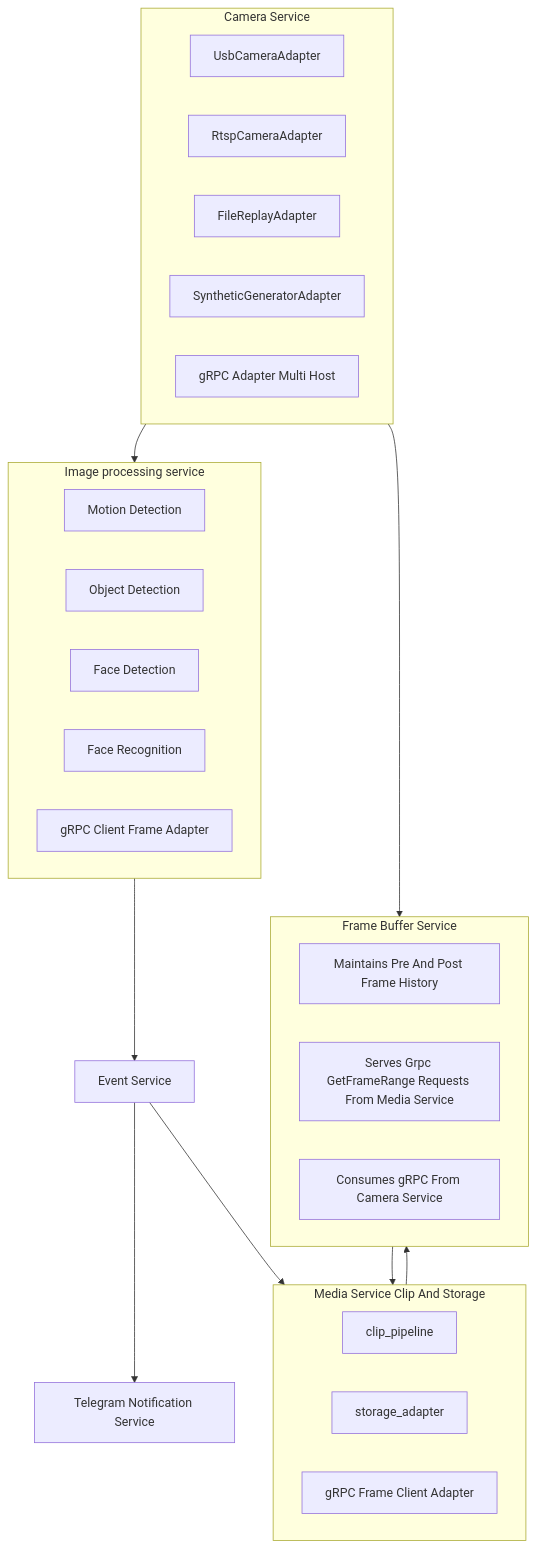
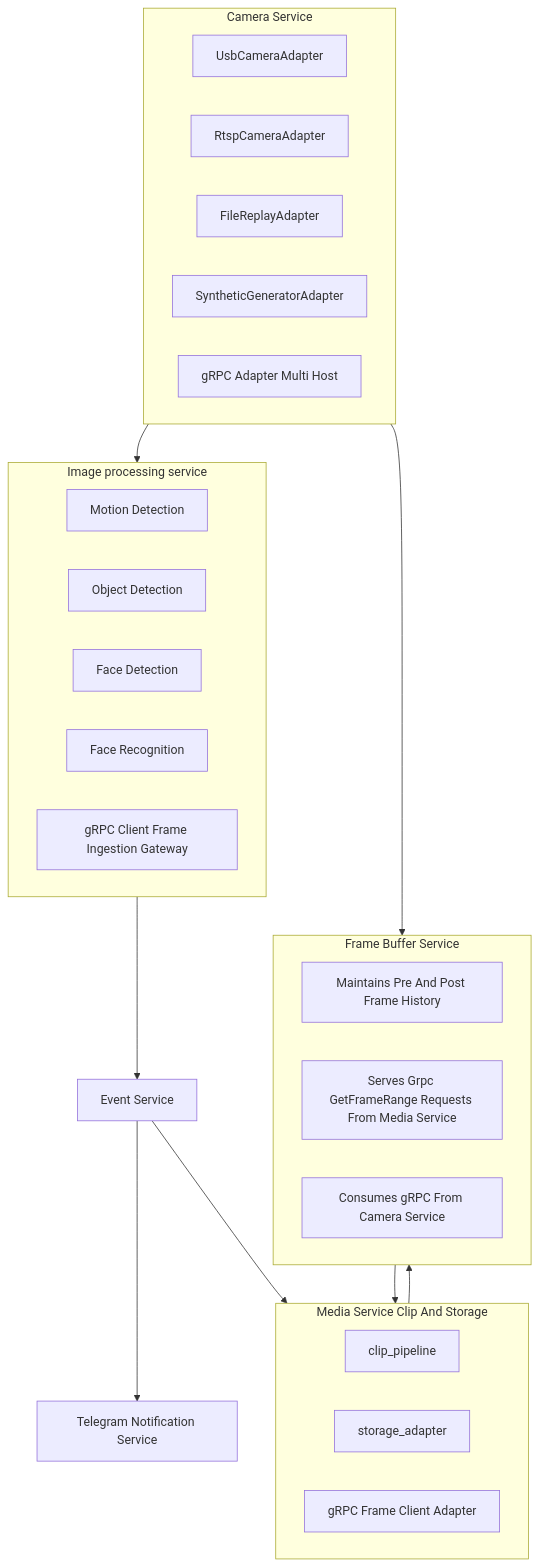
One commit to talifruman/camera-recognition changed the first of 4 diagrams in doc/system.md. Above: the diagram before and after it, drawn with Mermaid. The commit also changed 60 other files, not shown here.

Commit message:
docs: update frame adapter, FTL, IPS manager specs; add FTL unit tests

````diff
--- a/doc/system.md
+++ b/doc/system.md
@@ -131,42 +131,42 @@
 ```mermaid
 flowchart TB
 	subgraph CameraService[Camera Service]
 		CA1[UsbCameraAdapter]
 		CA2[RtspCameraAdapter]
 		CA3[FileReplayAdapter]
 		CA4[SyntheticGeneratorAdapter]
 		CA5[gRPC Adapter Multi Host]
 	end
 
 	subgraph ImageProcessing[Image processing service]
 		UV1[Motion Detection]
 		UV2[Object Detection]
 		UV3[Face Detection]
 		UV4[Face Recognition]
-		UV5[gRPC Client Frame Adapter]
+		UV5[gRPC Client Frame Ingestion Gateway]
 	end
 
 	EventService[Event Service]
 
 	subgraph MediaService[Media Service Clip And Storage]
 		MS1[clip_pipeline]
 		MS2[storage_adapter]
 		MS3[gRPC Frame Client Adapter]
 	end
 
 	TelegramService[Telegram Notification Service]
 
 	subgraph FrameBuffer[Frame Buffer Service]
 		FB1[Maintains Pre And Post Frame History]
 		FB2[Serves Grpc GetFrameRange Requests From Media Service]
 		FB3[Consumes gRPC From Camera Service]
 	end
 
 	CameraService --> ImageProcessing
 	CameraService --> FrameBuffer
 	ImageProcessing --> EventService
 	EventService --> MediaService
 	EventService --> TelegramService
 	MediaService --> FrameBuffer
 	FrameBuffer --> MediaService
 ```
````
